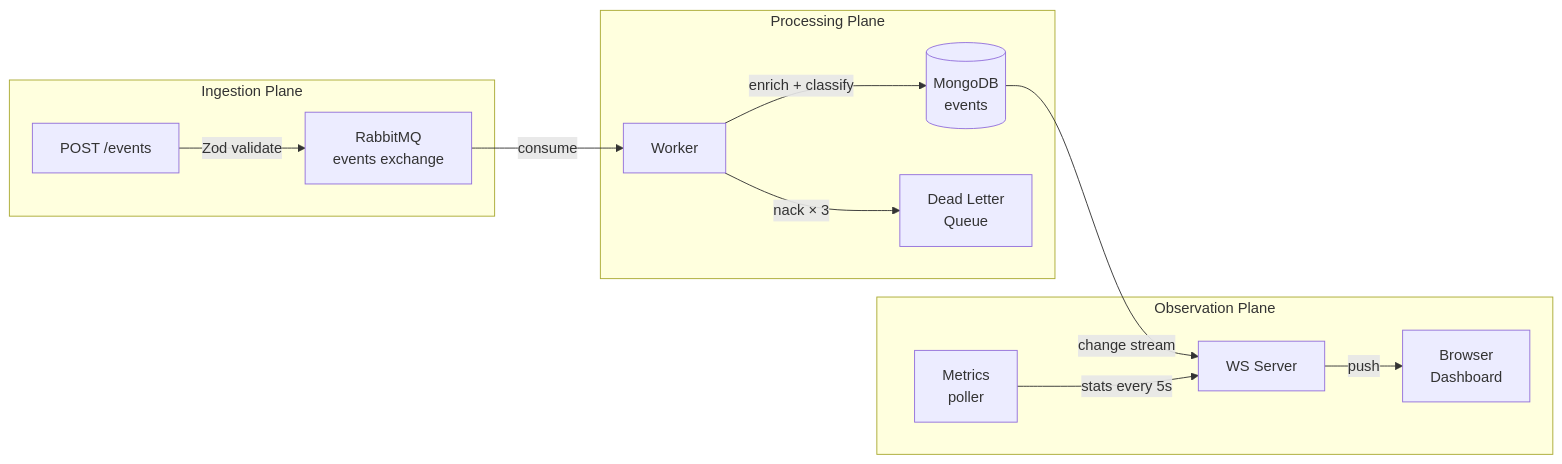
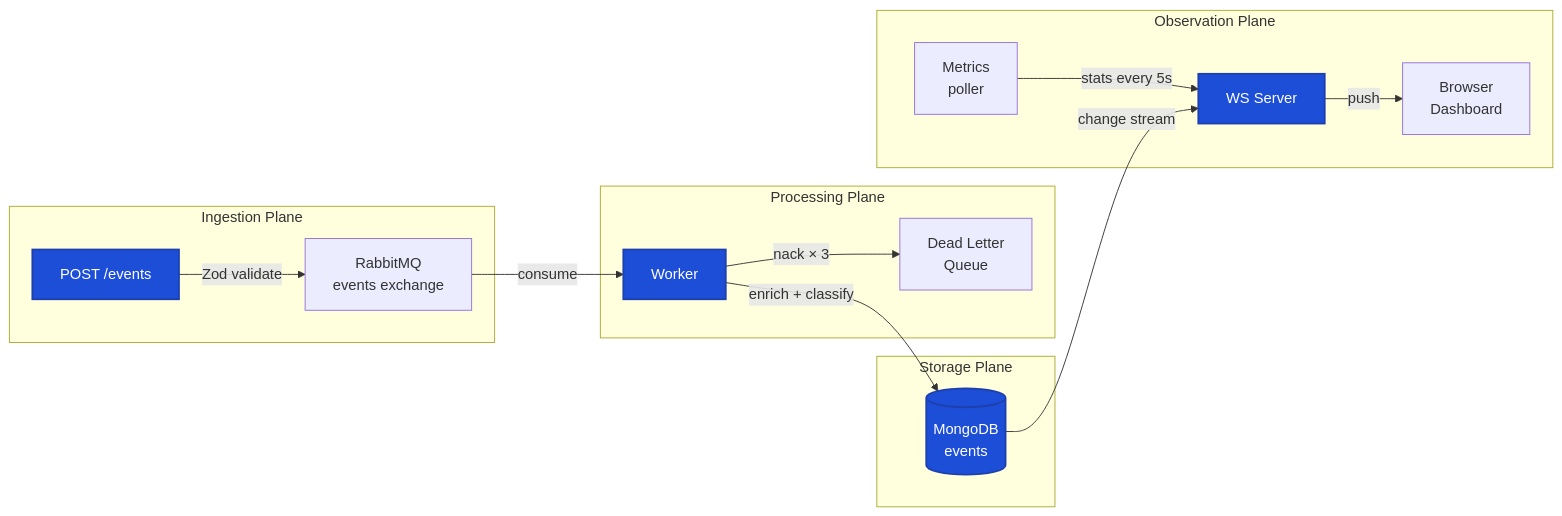
The second of 2 diagrams in README.md (obrienma/EventHorizon), drawn with Mermaid before and after one commit. The commit also changed other lines of this file and 10 other files, not shown here.

````diff
--- a/README.md
+++ b/README.md
@@ -33,24 +58,32 @@
 ```mermaid
 flowchart LR
     subgraph Ingestion Plane
-        A[POST /events] -->|Zod validate| B[RabbitMQ\nevents exchange]
+        A[POST /events] -->|Zod validate| B[RabbitMQ<br/>events exchange]
     end
 
     subgraph Processing Plane
         B -->|consume| C[Worker]
-        C -->|enrich + classify| D[(MongoDB\nevents)]
-        C -->|nack × 3| E[Dead Letter\nQueue]
+        C -->|nack × 3| E[Dead Letter<br/>Queue]
+    end
+
+    subgraph Storage Plane
+        D[(MongoDB<br/>events)]
     end
 
     subgraph Observation Plane
-        D -->|change stream| F[WS Server]
-        F -->|push| G[Browser\nDashboard]
-        H[Metrics\npoller] -->|stats every 5s| F
+        F[WS Server]
+        F -->|push| G[Browser<br/>Dashboard]
+        H[Metrics<br/>poller] -->|stats every 5s| F
     end
+
+    C -->|enrich + classify| D
+    D -->|change stream| F
 
     click A "/src/ingestion/" "Go to Ingestion Source"
     click C "/src/processing/" "Go to Processing Source"
     click D "/src/storage/" "Go to Storage Source"
     click F "/src/observation/" "Go to Observation Source"
 
+    classDef clickable fill:#1d4ed8,stroke:#1e40af,stroke-width:2px,color:#ffffff
+    class A,C,D,F clickable
 ```
````
